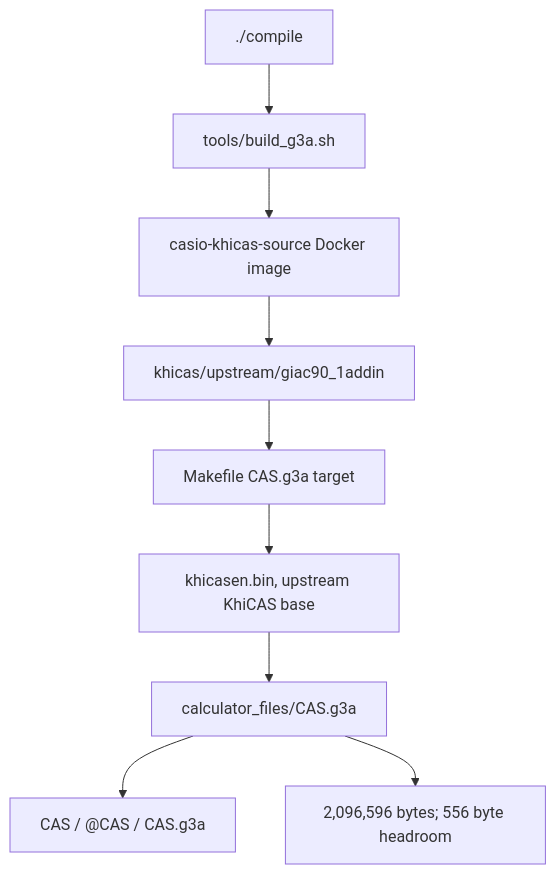
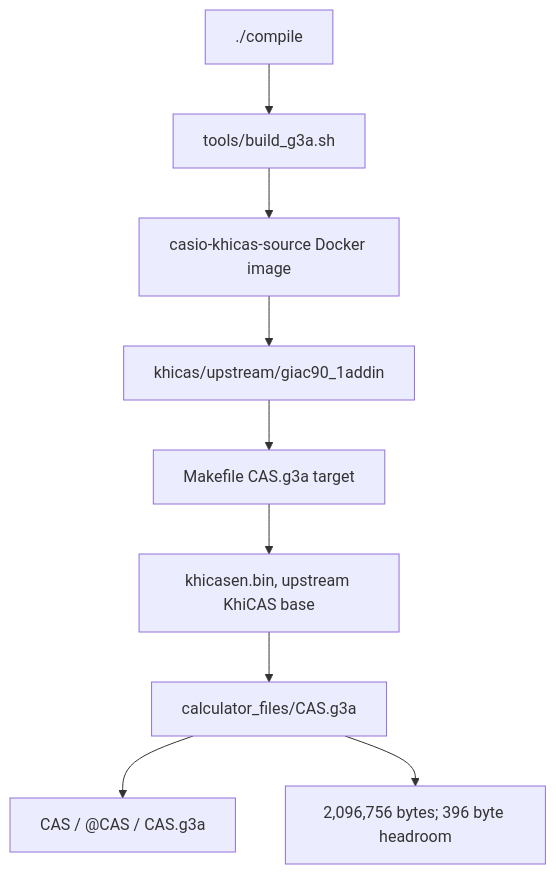
The first of 5 diagrams in docs/GRAPH.md (james8464/notes-addin-casio-fx-cg50), drawn with Mermaid before and after one commit. The commit also changed other lines of this file and 4 other files, not shown here.

````diff
--- a/docs/GRAPH.md
+++ b/docs/GRAPH.md
@@ -7,11 +7,11 @@
 ```mermaid
 graph TD
   Compile["./compile"] --> Build["tools/build_g3a.sh"]
   Build --> Docker["casio-khicas-source Docker image"]
   Docker --> Src["khicas/upstream/giac90_1addin"]
   Src --> Make["Makefile CAS.g3a target"]
   Make --> Bin["khicasen.bin, upstream KhiCAS base"]
   Bin --> G3A["calculator_files/CAS.g3a"]
   G3A --> Meta["CAS / @CAS / CAS.g3a"]
-  G3A --> Size["2,096,596 bytes; 556 byte headroom"]
+  G3A --> Size["2,096,756 bytes; 396 byte headroom"]
 ```
````
